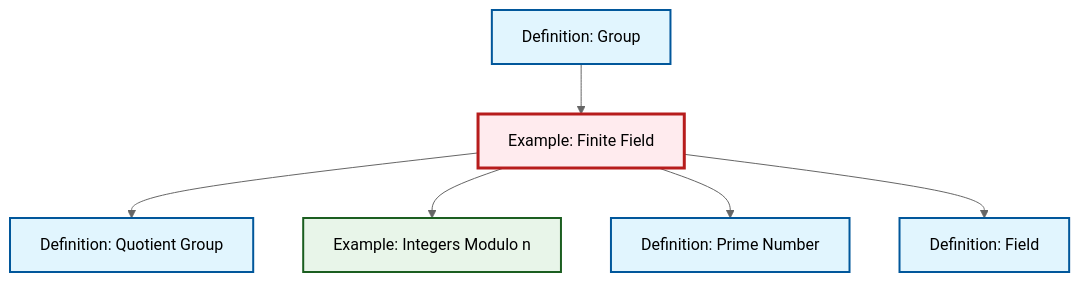
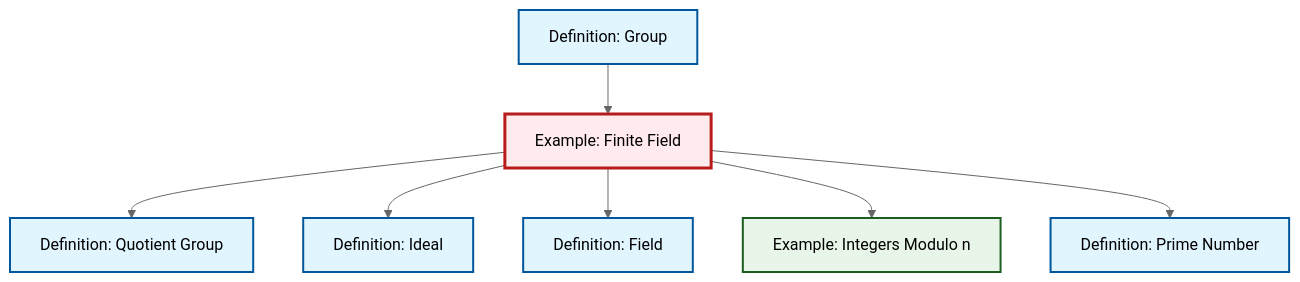
The diagram in content/ja/algebra/ex-finite-field.qmd (RK0429/ModernMath), drawn with Mermaid (neutral theme) before and after one commit. The commit also changed 530 other files, not shown here.

````diff
--- a/content/ja/algebra/ex-finite-field.qmd
+++ b/content/ja/algebra/ex-finite-field.qmd
@@ -65,26 +65,29 @@
 ```{mermaid}
 %%| fig-cap: "Local dependency graph"
 graph TD
     classDef definition fill:#e1f5fe,stroke:#01579b,stroke-width:2px
     classDef theorem fill:#f3e5f5,stroke:#4a148c,stroke-width:2px
     classDef axiom fill:#fff3e0,stroke:#e65100,stroke-width:2px
     classDef example fill:#e8f5e9,stroke:#1b5e20,stroke-width:2px
     classDef current fill:#ffebee,stroke:#b71c1c,stroke-width:3px
+    def-ideal["Definition: Ideal"]:::definition
+    ex-finite-field["Example: Finite Field"]:::example
+    def-field["Definition: Field"]:::definition
+    def-group["Definition: Group"]:::definition
     def-quotient-group["Definition: Quotient Group"]:::definition
-    def-field["Definition: Field"]:::definition
-    ex-finite-field["Example: Finite Field"]:::example
+    def-prime["Definition: Prime Number"]:::definition
     ex-quotient-integers-mod-n["Example: Integers Modulo n"]:::example
-    def-prime["Definition: Prime Number"]:::definition
-    def-group["Definition: Group"]:::definition
     ex-finite-field --> def-quotient-group
     def-group --> ex-finite-field
+    ex-finite-field --> def-ideal
+    ex-finite-field --> def-field
     ex-finite-field --> ex-quotient-integers-mod-n
     ex-finite-field --> def-prime
-    ex-finite-field --> def-field
     class ex-finite-field current
+    click def-ideal "def-ideal.html" "Definition: Idealへ"
+    click def-field "def-field.html" "Definition: Fieldへ"
+    click def-group "def-group.html" "Definition: Groupへ"
     click def-quotient-group "def-quotient-group.html" "Definition: Quotient Groupへ"
-    click def-field "def-field.html" "Definition: Fieldへ"
+    click def-prime "def-prime.html" "Definition: Prime Numberへ"
     click ex-quotient-integers-mod-n "ex-quotient-integers-mod-n.html" "Example: Integers Modulo nへ"
-    click def-prime "def-prime.html" "Definition: Prime Numberへ"
-    click def-group "def-group.html" "Definition: Groupへ"
 ```
````
